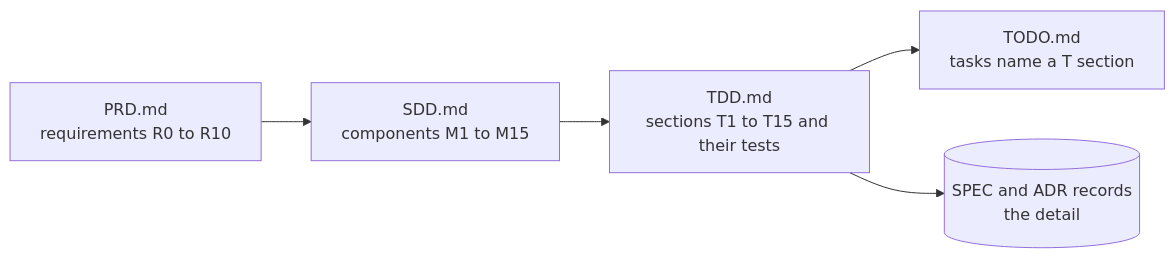
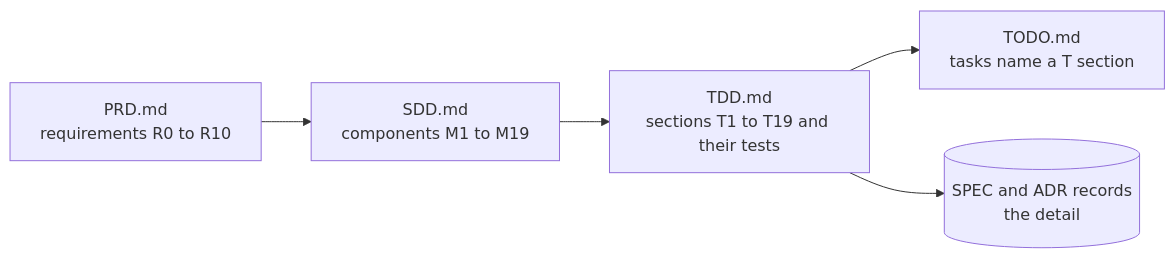
One commit to kesokaj/fyr changed the second of 2 diagrams in README.md. Above: the diagram before and after it, drawn with Mermaid. The commit also changed other lines of this file and 5 other files, not shown here.

````diff
--- a/README.md
+++ b/README.md
@@ -247,7 +313,7 @@
 ```mermaid
 flowchart LR
-  prd["PRD.md<br/>requirements R0 to R10"] --> sdd["SDD.md<br/>components M1 to M15"]
-  sdd --> tdd["TDD.md<br/>sections T1 to T15 and their tests"]
+  prd["PRD.md<br/>requirements R0 to R10"] --> sdd["SDD.md<br/>components M1 to M19"]
+  sdd --> tdd["TDD.md<br/>sections T1 to T19 and their tests"]
   tdd --> todo["TODO.md<br/>tasks name a T section"]
   tdd --> records[("SPEC and ADR records<br/>the detail")]
 ```
````
